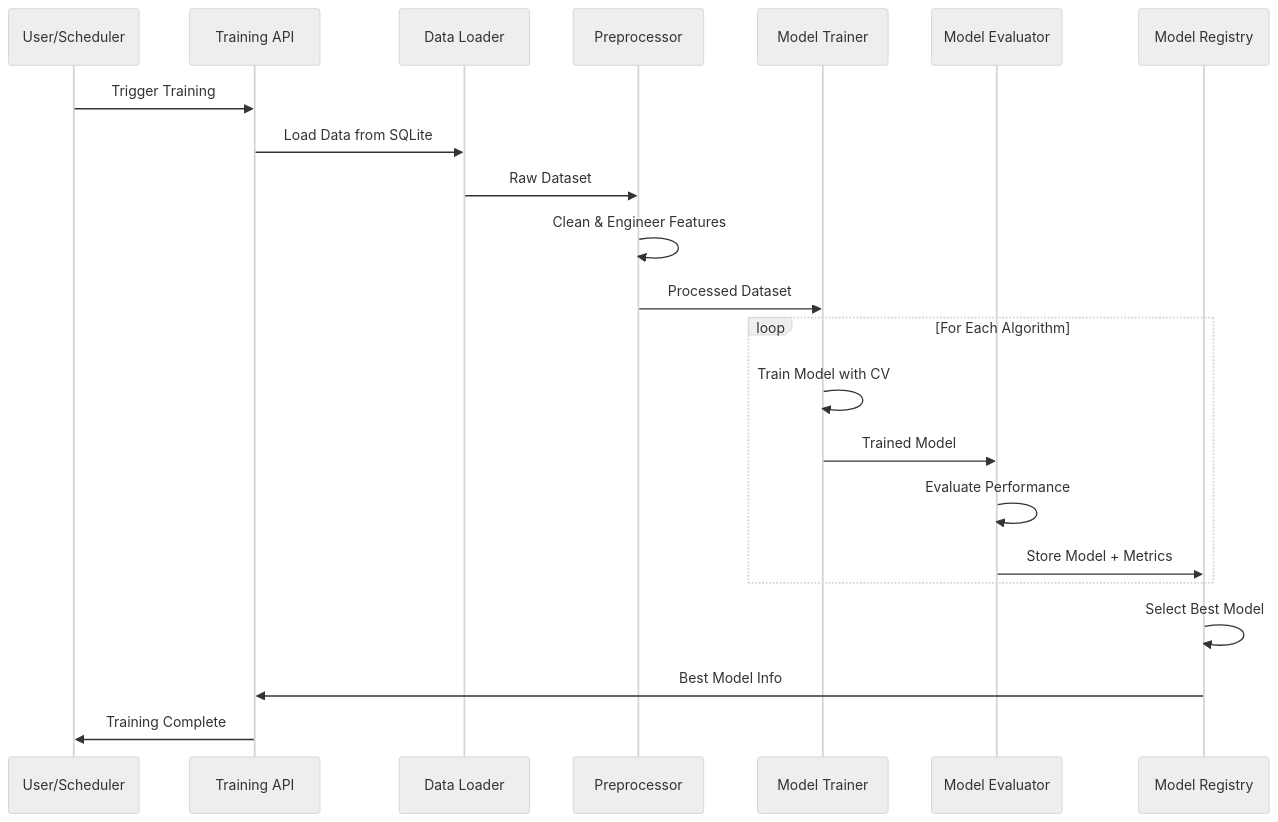
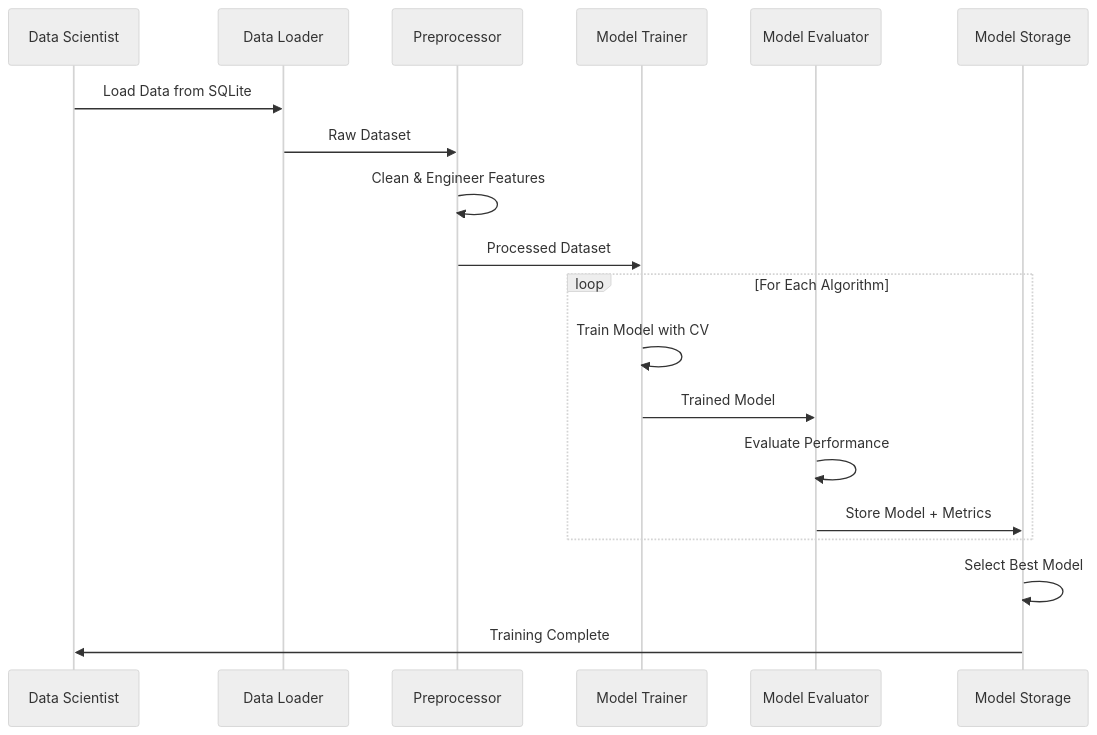
Before and after one commit to Champ-CEO/studentscore: the fourth of 6 diagrams in specs/ai-doc/projectOverview.md, drawn with Mermaid (neutral theme). The commit also changed other lines of this file and 9 other files, not shown here.

````diff
--- a/specs/ai-doc/projectOverview.md
+++ b/specs/ai-doc/projectOverview.md
@@ -462,27 +536,24 @@
 ```mermaid
 sequenceDiagram
-    participant U as User/Scheduler
-    participant API as Training API
+    participant U as Data Scientist
     participant DL as Data Loader
     participant PP as Preprocessor
     participant MT as Model Trainer
     participant ME as Model Evaluator
-    participant MR as Model Registry
+    participant MS as Model Storage
 
-    U->>API: Trigger Training
-    API->>DL: Load Data from SQLite
+    U->>DL: Load Data from SQLite
     DL->>PP: Raw Dataset
     PP->>PP: Clean & Engineer Features
     PP->>MT: Processed Dataset
 
     loop For Each Algorithm
         MT->>MT: Train Model with CV
         MT->>ME: Trained Model
         ME->>ME: Evaluate Performance
-        ME->>MR: Store Model + Metrics
+        ME->>MS: Store Model + Metrics
     end
 
-    MR->>MR: Select Best Model
-    MR->>API: Best Model Info
-    API->>U: Training Complete
+    MS->>MS: Select Best Model
+    MS->>U: Training Complete
 ```
````
